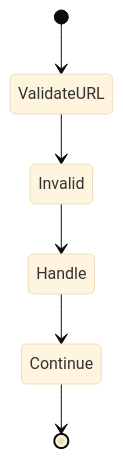
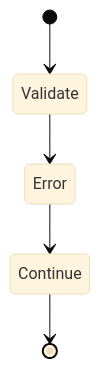
The fourth of 5 diagrams in examples/api_pipeline/18_invalid_url/README.md (wisrovi/wpipe), drawn with Mermaid (base theme) before and after one commit. The commit also changed other lines of this file and 20 other files, not shown here.

First line of the commit message:
Simplify Mermaid diagrams for better rendering

````diff
--- a/examples/api_pipeline/18_invalid_url/README.md
+++ b/examples/api_pipeline/18_invalid_url/README.md
@@ -55,8 +52,7 @@
 ```mermaid
 stateDiagram-v2
-    [*] --> ValidateURL
-    ValidateURL --> Invalid
-    Invalid --> Handle
-    Handle --> Continue
+    [*] --> Validate
+    Validate --> Error
+    Error --> Continue
     Continue --> [*]
 ```
````
